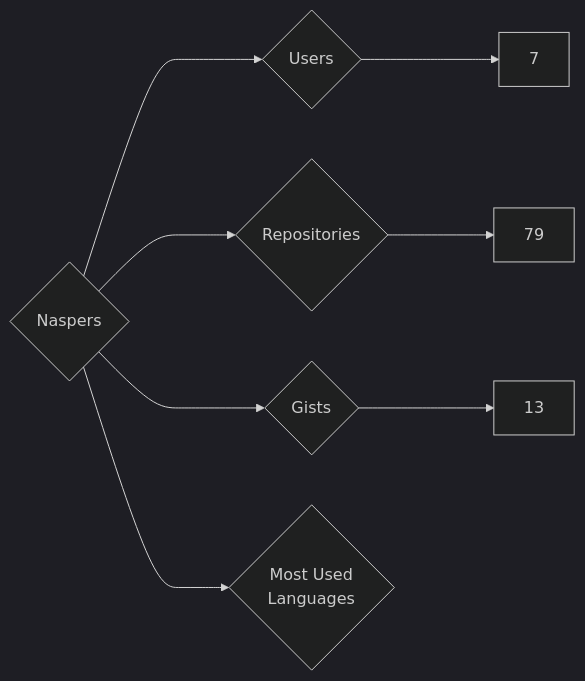
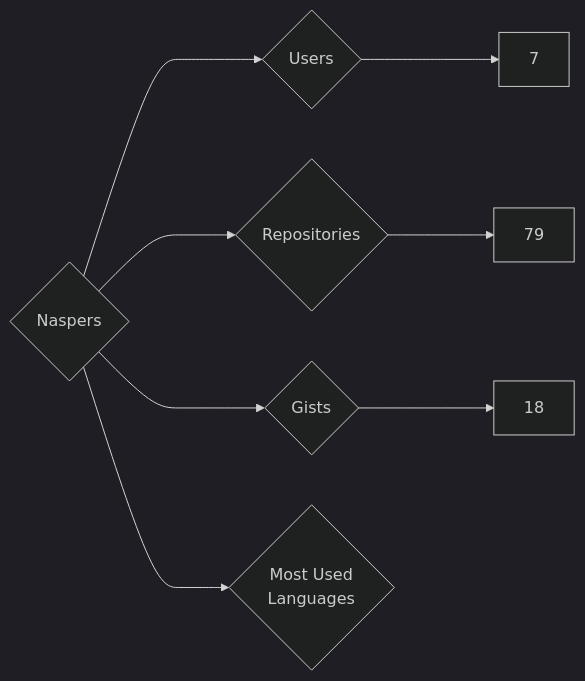
The diagram in targets/Naspers/README.md (nenadzaric/insiders), drawn with Mermaid (dark theme) before and after one commit. The commit also changed 1342 other files, not shown here.

````diff
--- a/targets/Naspers/README.md
+++ b/targets/Naspers/README.md
@@ -3,8 +3,8 @@
 ```mermaid
 graph LR
 COMPANY_NAME{Naspers}
 COMPANY_NAME ---> U{Users} ---> UN[7]
 COMPANY_NAME ---> R{Repositories} ---> RN[79]
-COMPANY_NAME ---> G{Gists} ---> GN[13]
+COMPANY_NAME ---> G{Gists} ---> GN[18]
 COMPANY_NAME ---> ML{Most Used<br>Languages}
 ```
````
